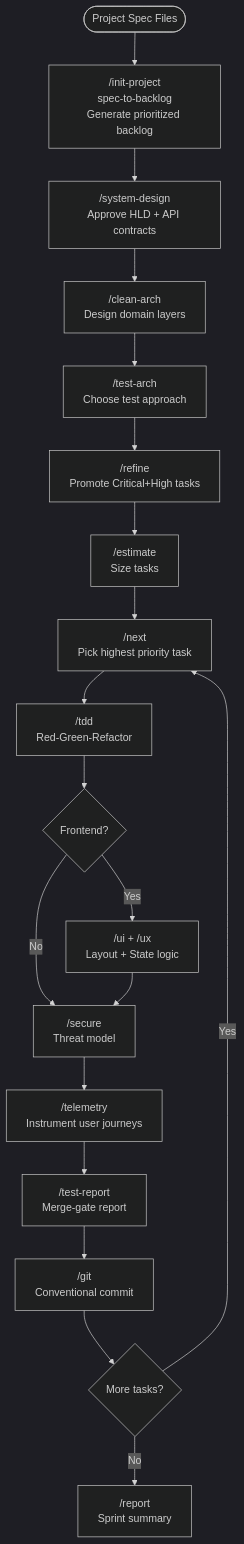
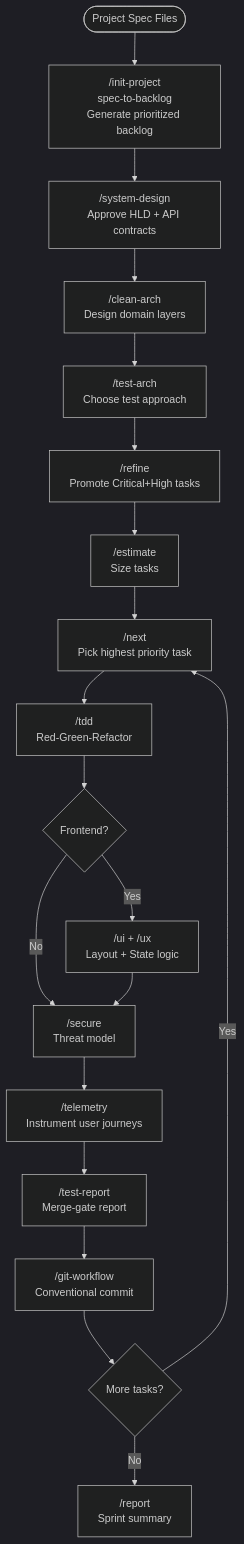
One commit to sornbuen15/drunken-guild changed the second of 6 diagrams in README.md. Above: the diagram before and after it, drawn with Mermaid (dark theme). The commit also changed other lines of this file and 33 other files, not shown here.

````diff
--- a/README.md
+++ b/README.md
@@ -407,22 +428,22 @@
 ```mermaid
 flowchart TD
     A([Project Spec Files]) --> B
     B["/init-project\nspec-to-backlog\nGenerate prioritized backlog"]
     B --> C["/system-design\nApprove HLD + API contracts"]
     C --> D["/clean-arch\nDesign domain layers"]
     D --> E["/test-arch\nChoose test approach"]
     E --> F["/refine\nPromote Critical+High tasks"]
     F --> G["/estimate\nSize tasks"]
     G --> H["/next\nPick highest priority task"]
     H --> I["/tdd\nRed-Green-Refactor"]
     I --> J{Frontend?}
     J -- Yes --> K["/ui + /ux\nLayout + State logic"]
     J -- No --> L["/secure\nThreat model"]
     K --> L
     L --> M["/telemetry\nInstrument user journeys"]
     M --> N["/test-report\nMerge-gate report"]
-    N --> O["/git\nConventional commit"]
+    N --> O["/git-workflow\nConventional commit"]
     O --> P{More tasks?}
     P -- Yes --> H
     P -- No --> Q["/report\nSprint summary"]
 ```
````
